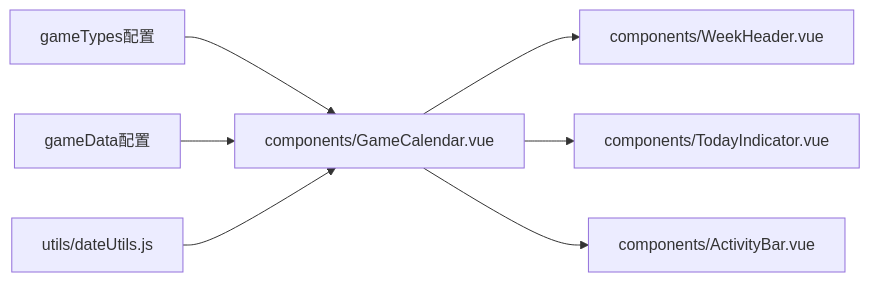
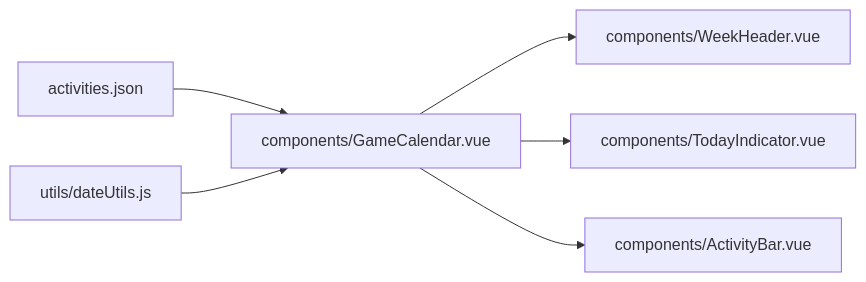
The seventh of 7 diagrams in .qoder/repowiki/zh/content/配置系统.md (xuanyulingnfeg/gameCalendar), drawn with Mermaid before and after one commit. The commit also changed other lines of this file and 7 other files, not shown here.

````diff
--- a/.qoder/repowiki/zh/content/配置系统.md
+++ b/.qoder/repowiki/zh/content/配置系统.md
@@ -318,9 +359,8 @@
 ```mermaid
 graph LR
-GAME_TYPES["gameTypes配置"] --> GC["components/GameCalendar.vue"]
-GAME_DATA["gameData配置"] --> GC
+JSON_CONFIG["activities.json"] --> GC["components/GameCalendar.vue"]
 DU["utils/dateUtils.js"] --> GC
 GC --> WB["components/WeekHeader.vue"]
 GC --> TI["components/TodayIndicator.vue"]
 GC --> AB["components/ActivityBar.vue"]
 ```
````
